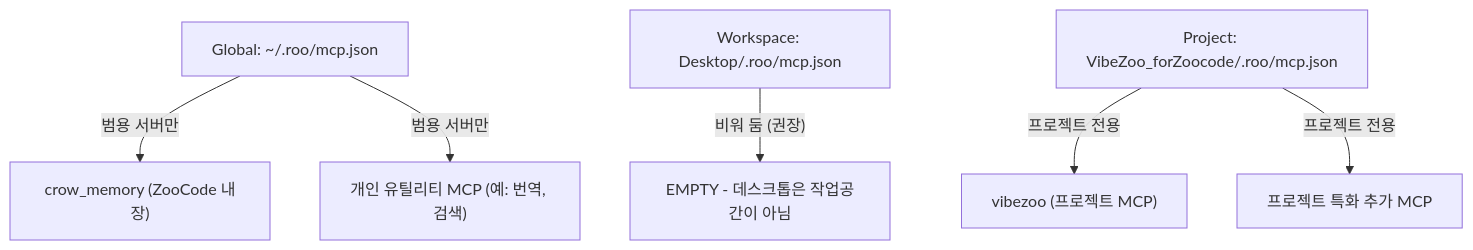
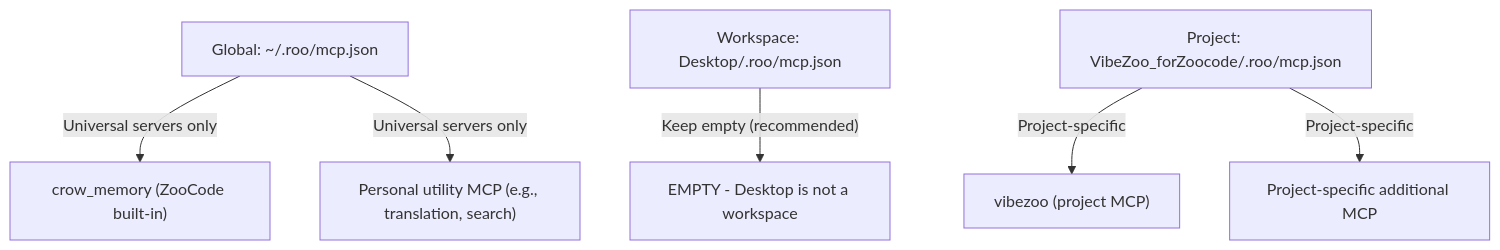
The first of 2 diagrams in plans/mcp-config-redesign.md (myk1yt/VibeZoo), drawn with Mermaid before and after one commit. The commit also changed other lines of this file and 6 other files, not shown here.

````diff
--- a/plans/mcp-config-redesign.md
+++ b/plans/mcp-config-redesign.md
@@ -40,8 +40,8 @@
 ```mermaid
 graph TD
-    G[Global: ~/.roo/mcp.json] -->|"범용 서버만"| G1["crow_memory (ZooCode 내장)"]
-    G -->|"범용 서버만"| G2["개인 유틸리티 MCP (예: 번역, 검색)"]
-    W[Workspace: Desktop/.roo/mcp.json] -->|"비워 둠 (권장)"| W1["EMPTY - 데스크톱은 작업공간이 아님"]
-    P[Project: VibeZoo_forZoocode/.roo/mcp.json] -->|"프로젝트 전용"| P1["vibezoo (프로젝트 MCP)"]
-    P -->|"프로젝트 전용"| P2["프로젝트 특화 추가 MCP"]
+    G[Global: ~/.roo/mcp.json] -->|"Universal servers only"| G1["crow_memory (ZooCode built-in)"]
+    G -->|"Universal servers only"| G2["Personal utility MCP (e.g., translation, search)"]
+    W[Workspace: Desktop/.roo/mcp.json] -->|"Keep empty (recommended)"| W1["EMPTY - Desktop is not a workspace"]
+    P[Project: VibeZoo_forZoocode/.roo/mcp.json] -->|"Project-specific"| P1["vibezoo (project MCP)"]
+    P -->|"Project-specific"| P2["Project-specific additional MCP"]
 ```
````
